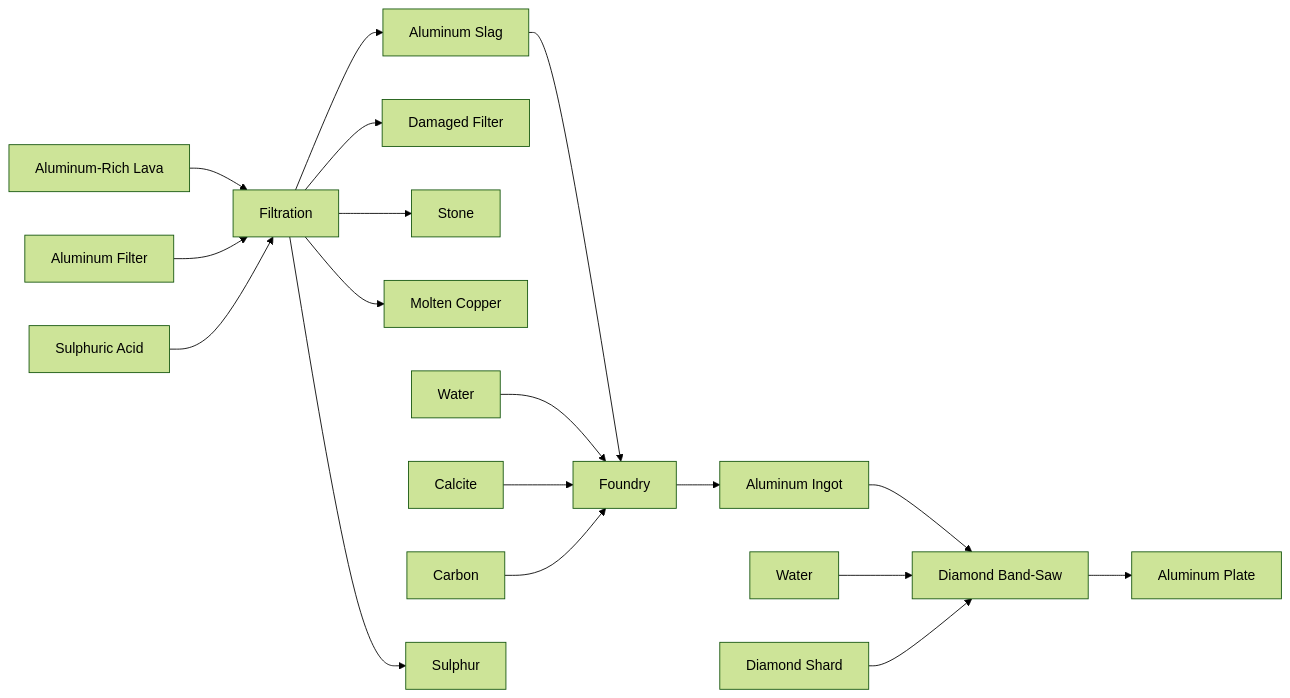
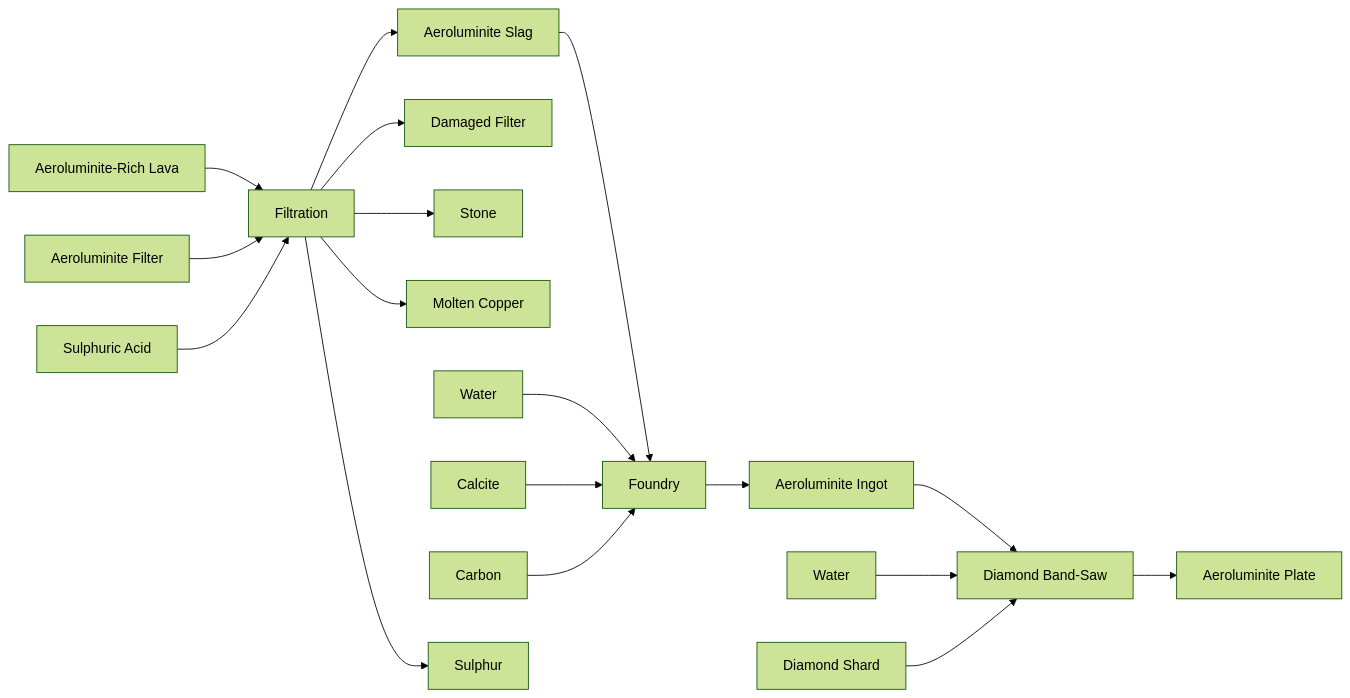
Before and after one commit to Nicholas-Tuttle/Subterranio: the third of 3 diagrams in subterranio-vulcanus/todo.md, drawn with Mermaid (forest theme). The commit also changed other lines of this file and 16 other files, not shown here.

Commit message:
Rename aluminum to aeroluminite

````diff
--- a/subterranio-vulcanus/todo.md
+++ b/subterranio-vulcanus/todo.md
@@ -102,36 +102,36 @@
 ```mermaid
     graph LR;
-        LA[Aluminum-Rich Lava]
-        AS[Aluminum Slag]
-        AP[Aluminum Plate]
-        AI[Aluminum Ingot]
+        LA[Aeroluminite-Rich Lava]
+        AS[Aeroluminite Slag]
+        AP[Aeroluminite Plate]
+        AI[Aeroluminite Ingot]
         DBS[Diamond Band-Saw]
 
-        AF[Aluminum Filter]
+        AF[Aeroluminite Filter]
         DF[Damaged Filter]
         
         S1[Stone]
         FI[Filtration]
         MC[Molten Copper]
         FO[Foundry]
         SA[Sulphuric Acid]
         L[Water]
         C[Calcite]
         CA[Carbon]
         W2[Water]
         DS[Diamond Shard]
         S[Sulphur]
 
         LA-->FI-->AS-->FO-->AI-->DBS-->AP
         AF-->FI
         FI-->S1
         FI-->MC
         FI-->S
         FI-->DF
         SA-->FI
         W2-->DBS
         DS-->DBS
         L-->FO
         C-->FO
         CA-->FO
 ```
````
